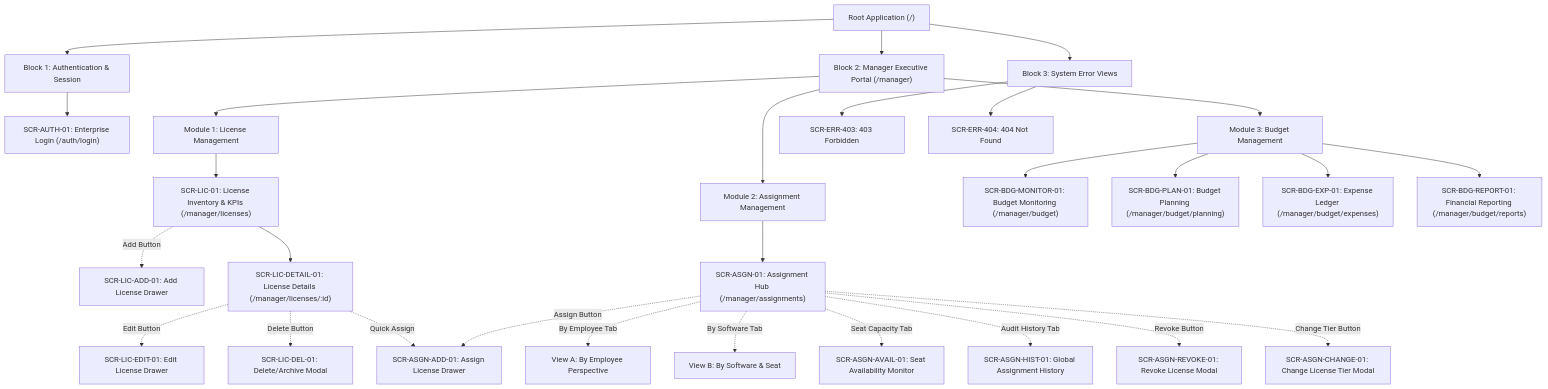
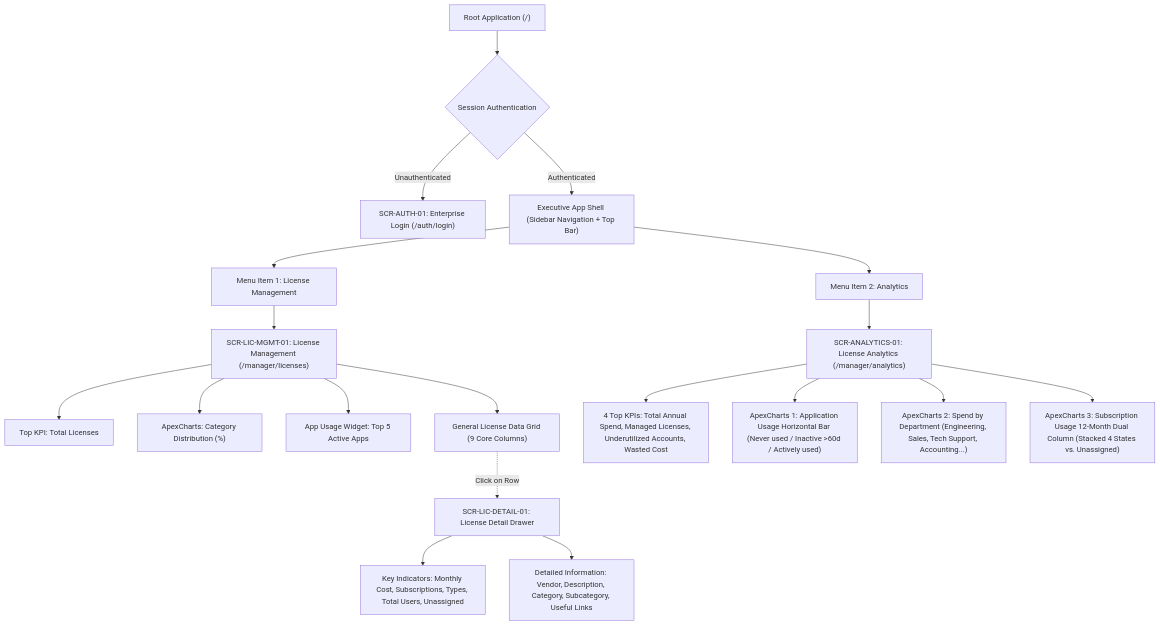
One commit to cuonglpv/VFast changed the first of 2 diagrams in docs/04-information-architecture-manager.md. Above: the diagram before and after it, drawn with Mermaid. The commit also changed other lines of this file and 1 other file, not shown here.

First line of the commit message:
docs: redefine UI/UX information architecture into 2 focused views (License Management & Analytics) (#6)

````diff
--- a/docs/04-information-architecture-manager.md
+++ b/docs/04-information-architecture-manager.md
@@ -54,43 +65,25 @@
 ```mermaid
 flowchart TD
-    Root["Root Application (/)"] --> L1_Auth["Block 1: Authentication & Session"]
-    Root --> L1_Manager["Block 2: Manager Executive Portal (/manager)"]
-    Root --> L1_Error["Block 3: System Error Views"]
+    Root["Root Application (/)"] --> AuthCheck{"Session Authentication"}
+    AuthCheck -->|"Unauthenticated"| SCR_AUTH["SCR-AUTH-01: Enterprise Login (/auth/login)"]
+    AuthCheck -->|"Authenticated"| Shell["Executive App Shell (Sidebar Navigation + Top Bar)"]
 
-    %% Block 1: Auth
-    L1_Auth --> SCR_AUTH_01["SCR-AUTH-01: Enterprise Login (/auth/login)"]
+    Shell --> Nav1["Menu Item 1: License Management"]
+    Shell --> Nav2["Menu Item 2: Analytics"]
 
-    %% Block 2: Manager Shell
-    L1_Manager --> M1_Hub["Module 1: License Management"]
-    L1_Manager --> M2_Hub["Module 2: Assignment Management"]
-    L1_Manager --> M3_Hub["Module 3: Budget Management"]
+    Nav1 --> SCR_LIC_MGMT["SCR-LIC-MGMT-01: License Management (/manager/licenses)"]
+    SCR_LIC_MGMT --> Sub_KPI1["Top KPI: Total Licenses"]
+    SCR_LIC_MGMT --> Sub_Pie["ApexCharts: Category Distribution (%)"]
+    SCR_LIC_MGMT --> Sub_Top5["App Usage Widget: Top 5 Active Apps"]
+    SCR_LIC_MGMT --> Sub_Table["General License Data Grid (9 Core Columns)"]
 
-    %% Module 1 Sub-views
-    M1_Hub --> SCR_LIC_01["SCR-LIC-01: License Inventory & KPIs (/manager/licenses)"]
-    SCR_LIC_01 -.->|"Add Button"| SCR_LIC_ADD_01["SCR-LIC-ADD-01: Add License Drawer"]
-    SCR_LIC_01 --> SCR_LIC_DETAIL_01["SCR-LIC-DETAIL-01: License Details (/manager/licenses/:id)"]
-    SCR_LIC_DETAIL_01 -.->|"Edit Button"| SCR_LIC_EDIT_01["SCR-LIC-EDIT-01: Edit License Drawer"]
-    SCR_LIC_DETAIL_01 -.->|"Delete Button"| SCR_LIC_DEL_01["SCR-LIC-DEL-01: Delete/Archive Modal"]
-    SCR_LIC_DETAIL_01 -.->|"Quick Assign"| SCR_ASGN_ADD_01
+    Sub_Table -.->|"Click on Row"| SCR_LIC_DETAIL["SCR-LIC-DETAIL-01: License Detail Drawer"]
+    SCR_LIC_DETAIL --> Det_Key["Key Indicators: Monthly Cost, Subscriptions, Types, Total Users, Unassigned"]
+    SCR_LIC_DETAIL --> Det_Info["Detailed Information: Vendor, Description, Category, Subcategory, Useful Links"]
 
-    %% Module 2 Sub-views
-    M2_Hub --> SCR_ASGN_01["SCR-ASGN-01: Assignment Hub (/manager/assignments)"]
-    SCR_ASGN_01 -.->|"By Employee Tab"| SCR_ASGN_01_A["View A: By Employee Perspective"]
-    SCR_ASGN_01 -.->|"By Software Tab"| SCR_ASGN_01_B["View B: By Software & Seat"]
-    SCR_ASGN_01 -.->|"Seat Capacity Tab"| SCR_ASGN_AVAIL_01["SCR-ASGN-AVAIL-01: Seat Availability Monitor"]
-    SCR_ASGN_01 -.->|"Audit History Tab"| SCR_ASGN_HIST_01["SCR-ASGN-HIST-01: Global Assignment History"]
-
-    SCR_ASGN_01 -.->|"Assign Button"| SCR_ASGN_ADD_01["SCR-ASGN-ADD-01: Assign License Drawer"]
-    SCR_ASGN_01 -.->|"Revoke Button"| SCR_ASGN_REVOKE_01["SCR-ASGN-REVOKE-01: Revoke License Modal"]
-    SCR_ASGN_01 -.->|"Change Tier Button"| SCR_ASGN_CHANGE_01["SCR-ASGN-CHANGE-01: Change License Tier Modal"]
-
-    %% Module 3 Sub-views
-    M3_Hub --> SCR_BDG_MONITOR_01["SCR-BDG-MONITOR-01: Budget Monitoring (/manager/budget)"]
-    M3_Hub --> SCR_BDG_PLAN_01["SCR-BDG-PLAN-01: Budget Planning (/manager/budget/planning)"]
-    M3_Hub --> SCR_BDG_EXP_01["SCR-BDG-EXP-01: Expense Ledger (/manager/budget/expenses)"]
-    M3_Hub --> SCR_BDG_REPORT_01["SCR-BDG-REPORT-01: Financial Reporting (/manager/budget/reports)"]
-
-    %% Block 3: Error
-    L1_Error --> SCR_ERR_403["SCR-ERR-403: 403 Forbidden"]
-    L1_Error --> SCR_ERR_404["SCR-ERR-404: 404 Not Found"]
+    Nav2 --> SCR_ANALYTICS["SCR-ANALYTICS-01: License Analytics (/manager/analytics)"]
+    SCR_ANALYTICS --> Ana_KPIs["4 Top KPIs: Total Annual Spend, Managed Licenses, Underutilized Accounts, Wasted Cost"]
+    SCR_ANALYTICS --> Ana_Chart1["ApexCharts 1: Application Usage Horizontal Bar (Never used / Inactive >60d / Actively used)"]
+    SCR_ANALYTICS --> Ana_Chart2["ApexCharts 2: Spend by Department (Engineering, Sales, Tech Support, Accounting...)"]
+    SCR_ANALYTICS --> Ana_Chart3["ApexCharts 3: Subscription Usage 12-Month Dual Column (Stacked 4 States vs. Unassigned)"]
 ```
````
